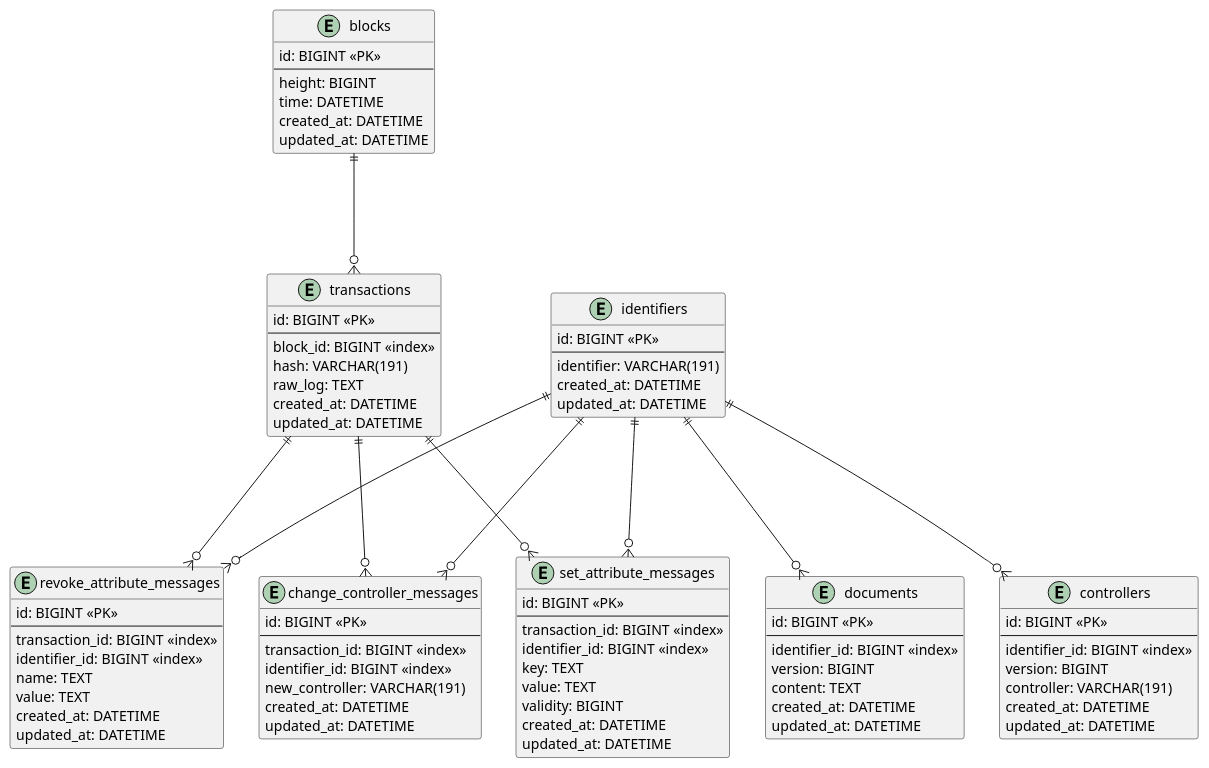
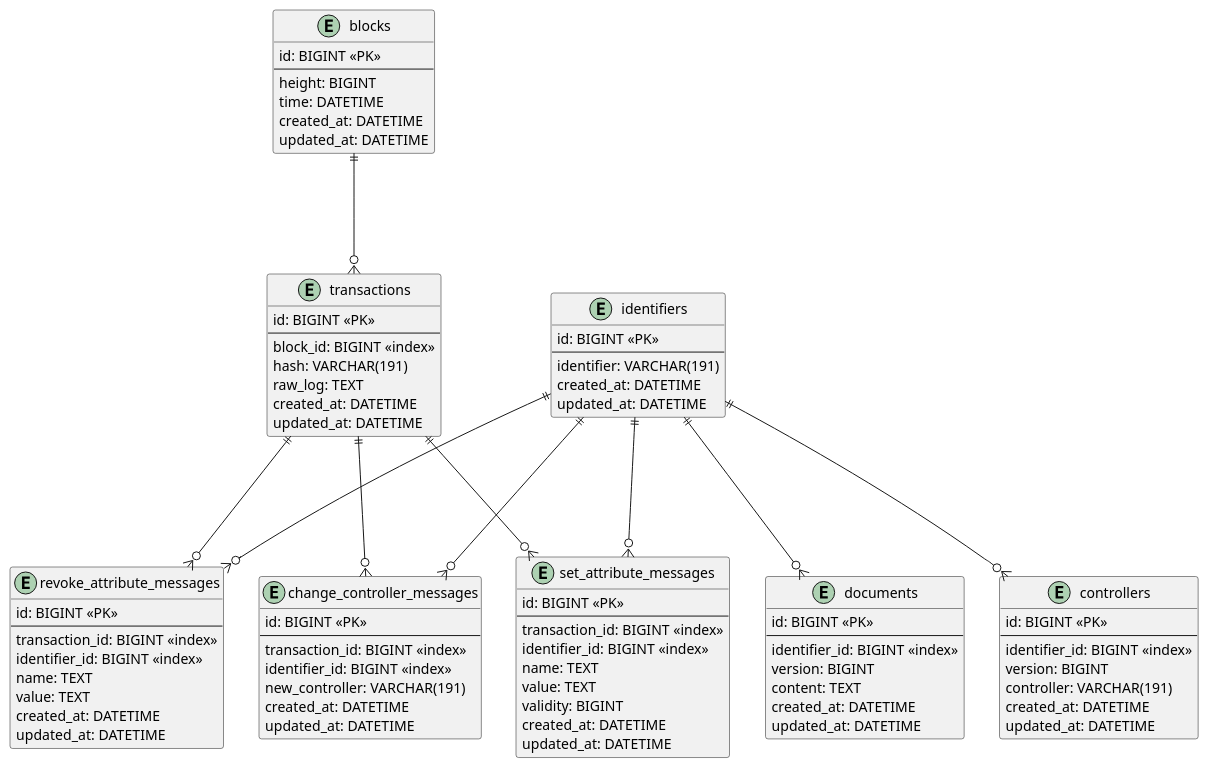
One commit to EG-easy/grano-did-exporter changed the diagram in docs/database.pu. Above: the diagram before and after it, drawn with PlantUML.

```diff
--- a/docs/database.pu
+++ b/docs/database.pu
@@ -1,95 +1,95 @@
 @startuml
 
 entity blocks {
   id: BIGINT <<PK>>
   --
   height: BIGINT
   time: DATETIME
   created_at: DATETIME
   updated_at: DATETIME
 }
 
 entity transactions {
   id: BIGINT <<PK>>
   --
   block_id: BIGINT <<index>>
   hash: VARCHAR(191)
   raw_log: TEXT
   created_at: DATETIME
   updated_at: DATETIME
 }
 
 entity identifiers {
   id: BIGINT <<PK>>
   --
   identifier: VARCHAR(191)
   created_at: DATETIME
   updated_at: DATETIME
 }
 
 entity change_controller_messages {
   id: BIGINT <<PK>>
   --
   transaction_id: BIGINT <<index>>
   identifier_id: BIGINT <<index>>
   new_controller: VARCHAR(191)
   created_at: DATETIME
   updated_at: DATETIME
 }
 
 entity set_attribute_messages {
   id: BIGINT <<PK>>
   --
   transaction_id: BIGINT <<index>>
   identifier_id: BIGINT <<index>>
-  key: TEXT
+  name: TEXT
   value: TEXT
   validity: BIGINT
   created_at: DATETIME
   updated_at: DATETIME
 }
 
 entity revoke_attribute_messages {
   id: BIGINT <<PK>>
   --
   transaction_id: BIGINT <<index>>
   identifier_id: BIGINT <<index>>
   name: TEXT
   value: TEXT
   created_at: DATETIME
   updated_at: DATETIME
 }
 
 entity controllers { 
   id: BIGINT <<PK>>
   --
   identifier_id: BIGINT <<index>>
   version: BIGINT
   controller: VARCHAR(191)
   created_at: DATETIME
   updated_at: DATETIME
 }
 
 entity documents {
   id: BIGINT <<PK>>
   --
   identifier_id: BIGINT <<index>>
   version: BIGINT
   content: TEXT
   created_at: DATETIME
   updated_at: DATETIME
 }
 
 blocks ||---o{ transactions
 transactions ||---o{ change_controller_messages
 transactions ||---o{ set_attribute_messages
 transactions ||---o{ revoke_attribute_messages
 
 identifiers ||---o{ change_controller_messages
 identifiers ||---o{ set_attribute_messages
 identifiers ||---o{ revoke_attribute_messages
 
 identifiers ||---o{ controllers
 identifiers ||---o{ documents
 
 @enduml
```
